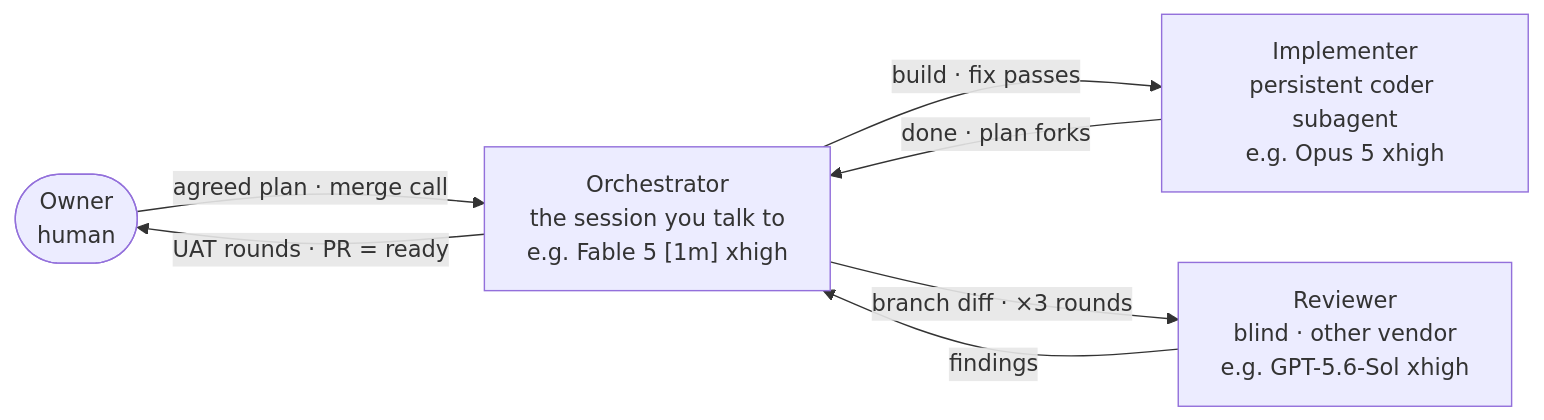
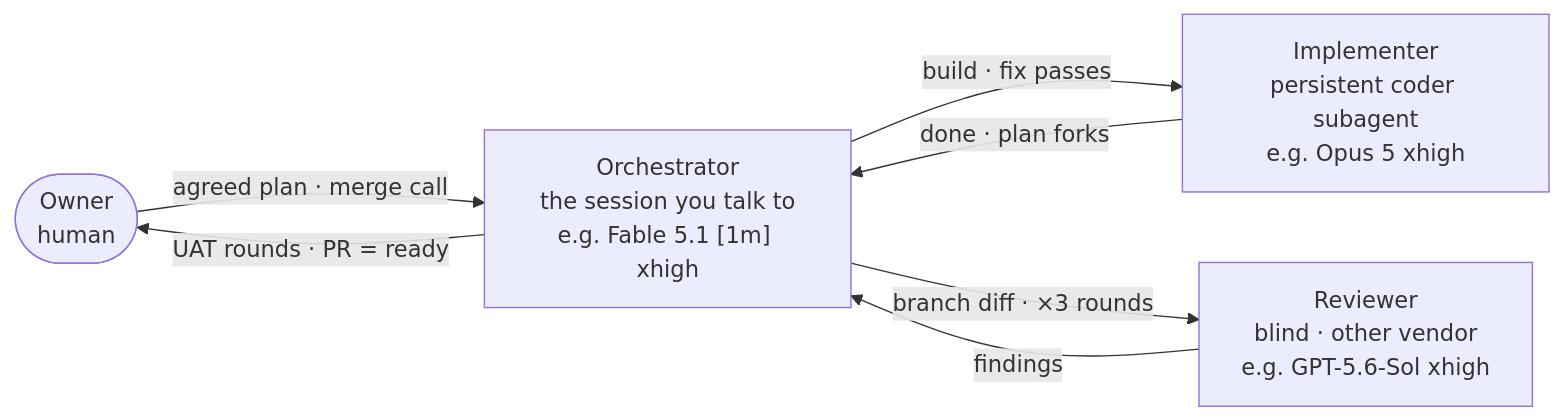
Before and after one commit to rucister/agent-workflow: the first of 3 diagrams in README.md, drawn with Mermaid. The commit also changed other lines of this file, not shown here.

Commit message:
docs: README model examples follow the profile (Fable 5.1)

````diff
--- a/README.md
+++ b/README.md
@@ -16,9 +16,9 @@
 ```mermaid
 flowchart LR
-    OWNER(["Owner<br/>human"]) -- "agreed plan · merge call" --> ORCH["Orchestrator<br/>the session you talk to<br/>e.g. Fable 5 [1m] xhigh"]
+    OWNER(["Owner<br/>human"]) -- "agreed plan · merge call" --> ORCH["Orchestrator<br/>the session you talk to<br/>e.g. Fable 5.1 [1m] xhigh"]
     ORCH -- "UAT rounds · PR = ready" --> OWNER
     ORCH -- "build · fix passes" --> IMPL["Implementer<br/>persistent coder subagent<br/>e.g. Opus 5 xhigh"]
     IMPL -- "done · plan forks" --> ORCH
     ORCH -- "branch diff · ×3 rounds" --> REV["Reviewer<br/>blind · other vendor<br/>e.g. GPT-5.6-Sol xhigh"]
     REV -- "findings" --> ORCH
 ```
````
